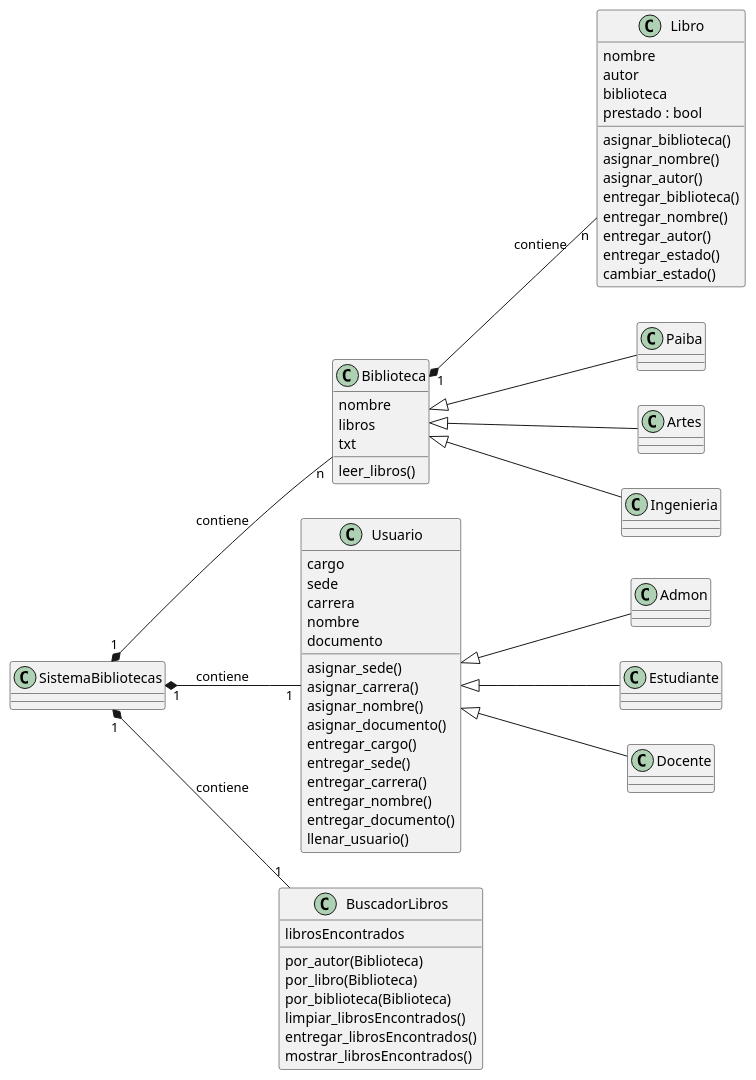
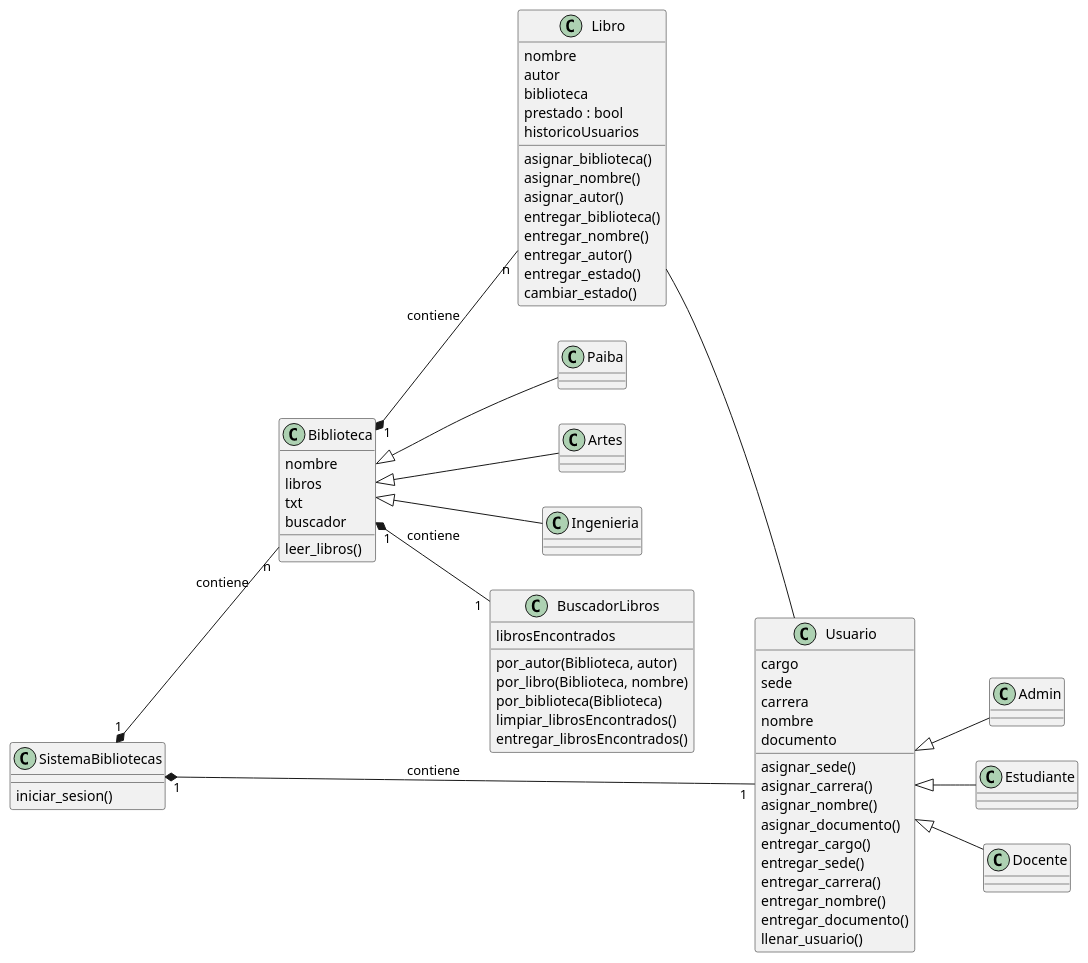
The diagram in diagramas/clases.plantuml (judlozanol/Biblioteca-UD), drawn with PlantUML before and after one commit. The commit also changed 11 other files, not shown here.

```diff
--- a/diagramas/clases.plantuml
+++ b/diagramas/clases.plantuml
@@ -1,66 +1,69 @@
 @startuml
 left to right direction
 Biblioteca "1" *-- "n" Libro : contiene
 Biblioteca <|-- Paiba
 Biblioteca <|-- Artes
 Biblioteca <|-- Ingenieria
+Libro -- Usuario
 class Libro{
     nombre
     autor
     biblioteca
     prestado : bool
+    historicoUsuarios
     asignar_biblioteca()
     asignar_nombre()
     asignar_autor()
     entregar_biblioteca()
     entregar_nombre()
     entregar_autor()
     entregar_estado()
     cambiar_estado()
 }
 
 class Biblioteca{
     nombre
     libros
     txt
+    buscador
     leer_libros()
 }
 
-Usuario <|-- Admon
+Usuario <|-- Admin
 Usuario <|-- Estudiante
 Usuario <|-- Docente
 class Usuario{
     cargo
     sede
     carrera
     nombre
     documento
     asignar_sede()
     asignar_carrera()
     asignar_nombre()
     asignar_documento()
     entregar_cargo()
     entregar_sede()
     entregar_carrera()
     entregar_nombre()
     entregar_documento()
     llenar_usuario()
 }
 
-SistemaBibliotecas "1" *-- "1" BuscadorLibros:contiene
+Biblioteca "1" *-- "1" BuscadorLibros:contiene
 SistemaBibliotecas "1" *-- "1" Usuario:contiene
 SistemaBibliotecas "1" *-- "n" Biblioteca:contiene
 class BuscadorLibros{
     librosEncontrados
-    por_autor(Biblioteca)
-    por_libro(Biblioteca)
+    por_autor(Biblioteca, autor)
+    por_libro(Biblioteca, nombre)
     por_biblioteca(Biblioteca)
     limpiar_librosEncontrados()
     entregar_librosEncontrados()
-    mostrar_librosEncontrados()
 }
 
 class SistemaBibliotecas{
-
+    iniciar_sesion()
+    
 }
 @enduml
```
